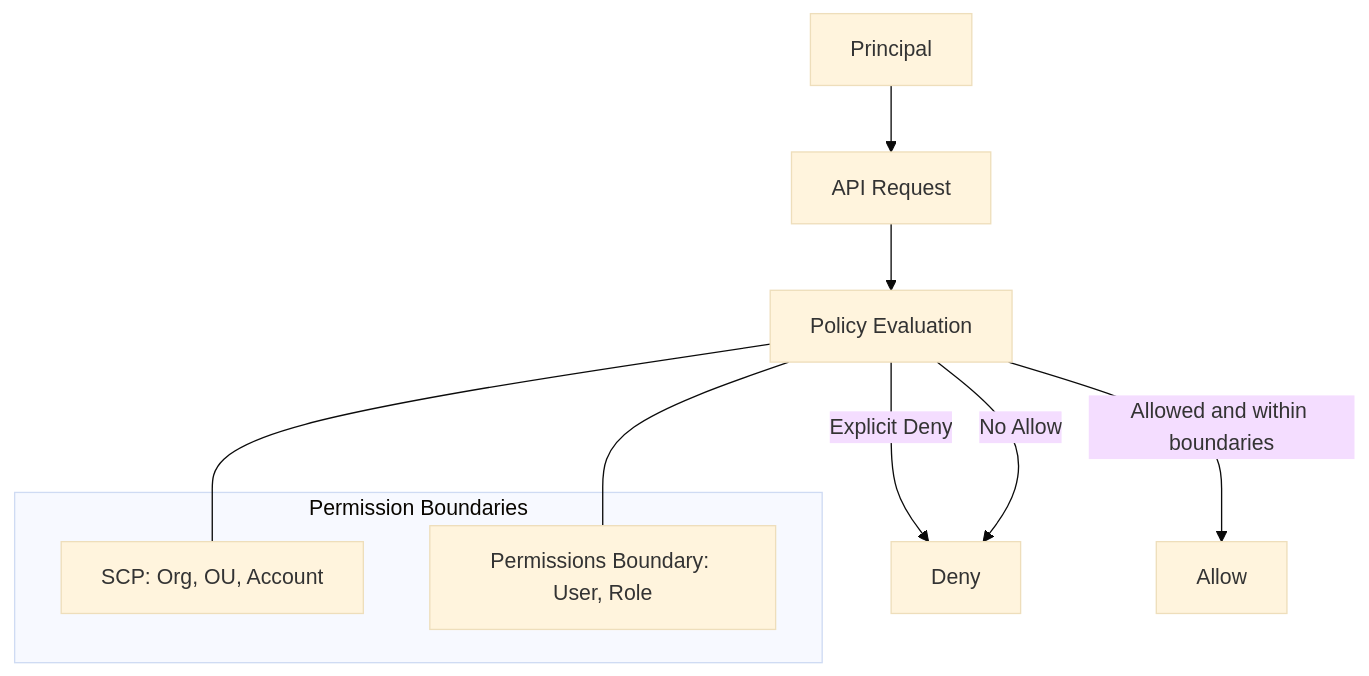
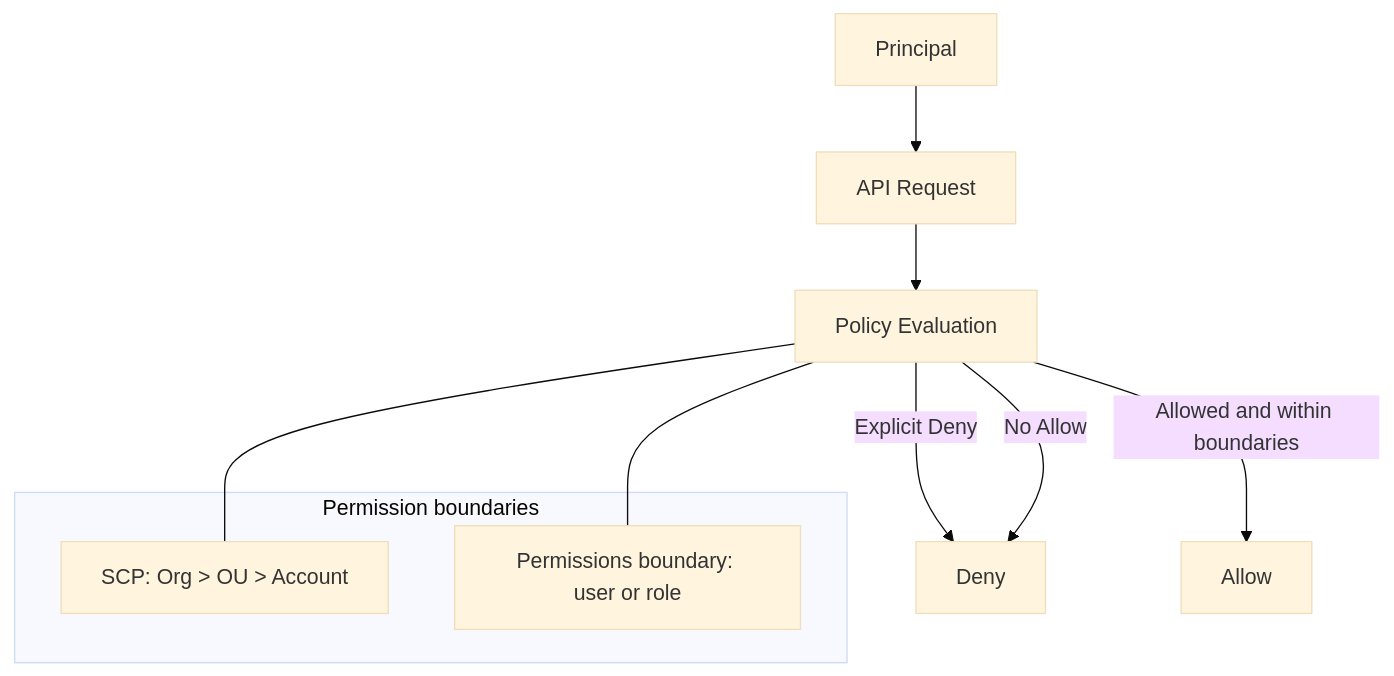
The first of 3 diagrams in aws-saa/week01-domain01-secure-architectures/day01/01-theory.md (niceguy61/aws-saa-lecture-2026), drawn with Mermaid (base theme) before and after one commit. The commit also changed 48 other files, not shown here.

Commit message:
Fix OT to single session and harden mermaid

````diff
--- a/aws-saa/week01-domain01-secure-architectures/day01/01-theory.md
+++ b/aws-saa/week01-domain01-secure-architectures/day01/01-theory.md
@@ -42,14 +42,14 @@
 ```mermaid
 flowchart TB
   P[Principal] --> REQ[API Request]
   REQ --> EVAL[Policy Evaluation]
   EVAL -->|Explicit Deny| DENY[Deny]
   EVAL -->|No Allow| DENY
   EVAL -->|Allowed and within boundaries| ALLOW[Allow]
-  subgraph B[Permission Boundaries]
-    SCP["SCP: Org, OU, Account"]
-    PB["Permissions Boundary: User, Role"]
+  subgraph B["Permission boundaries"]
+    SCP["SCP: Org > OU > Account"]
+    PB["Permissions boundary: user or role"]
   end
   EVAL --- SCP
   EVAL --- PB
 ```
````
